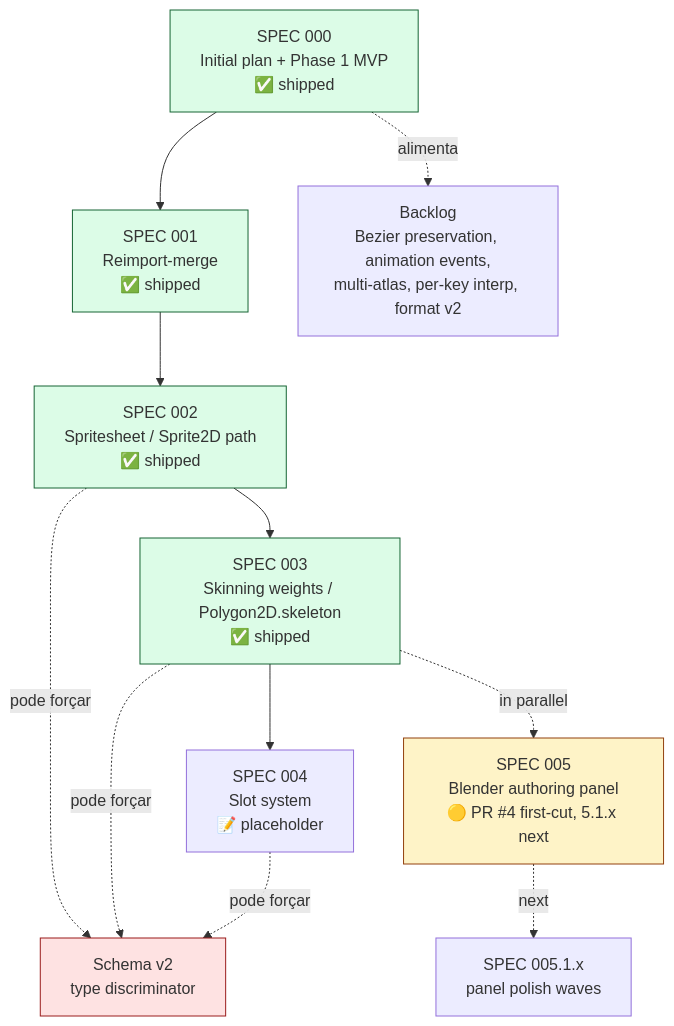
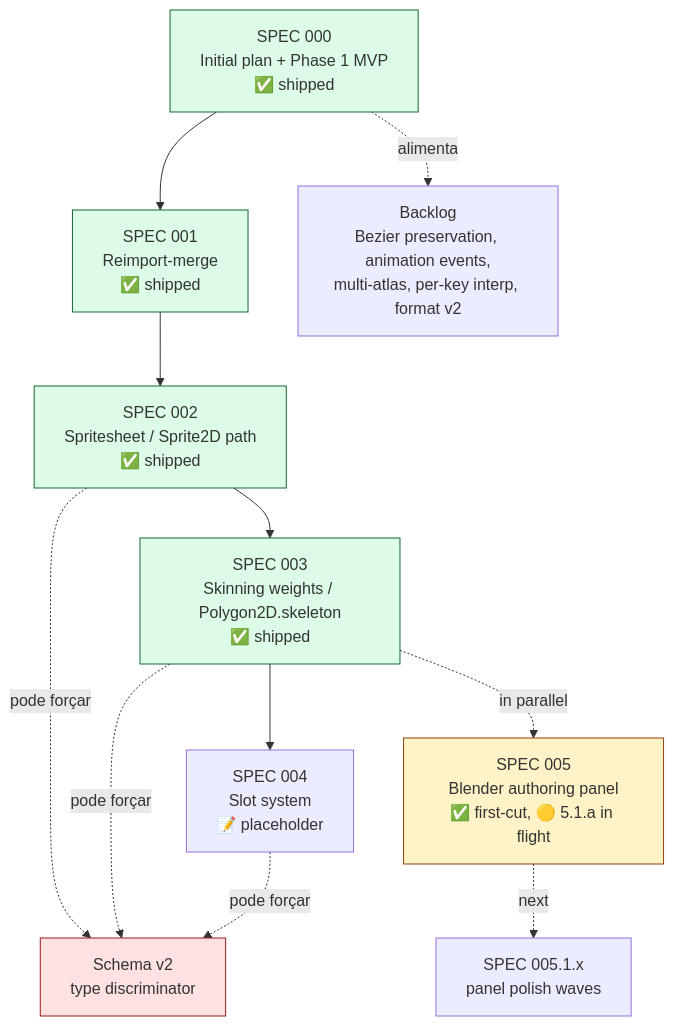
Before and after one commit to Space-Wizard-Studios/firebound-proscenio: the fourth of 5 diagrams in STATUS.md, drawn with Mermaid. The commit also changed other lines of this file and 1 other file, not shown here.

First line of the commit message:
docs: close SPEC 005.1.a panel polish wave — TODO + STATUS

````diff
--- a/STATUS.md
+++ b/STATUS.md
@@ -136,32 +136,32 @@
 ```mermaid
 flowchart TB
     S0[SPEC 000<br/>Initial plan + Phase 1 MVP<br/>✅ shipped]
     S1[SPEC 001<br/>Reimport-merge<br/>✅ shipped]
     S2[SPEC 002<br/>Spritesheet / Sprite2D path<br/>✅ shipped]
     S3[SPEC 003<br/>Skinning weights / Polygon2D.skeleton<br/>✅ shipped]
     S4[SPEC 004<br/>Slot system<br/>📝 placeholder]
-    S5[SPEC 005<br/>Blender authoring panel<br/>🟡 PR #4 first-cut, 5.1.x next]
+    S5[SPEC 005<br/>Blender authoring panel<br/>✅ first-cut, 🟡 5.1.a in flight]
 
     BACKLOG[Backlog<br/>Bezier preservation, animation events,<br/>multi-atlas, per-key interp, format v2]
 
     S0 --> S1
     S1 --> S2
     S2 --> S3
     S3 --> S4
     S3 -.in parallel.-> S5
 
     S0 -.alimenta.-> BACKLOG
     S2 -.pode forçar.-> SCHEMA_V2[Schema v2<br/>type discriminator]
     S3 -.pode forçar.-> SCHEMA_V2
     S4 -.pode forçar.-> SCHEMA_V2
 
     style S0 fill:#dcfce7,stroke:#166534
     style S1 fill:#dcfce7,stroke:#166534
     style S2 fill:#dcfce7,stroke:#166534
     style S3 fill:#dcfce7,stroke:#166534
     style S5 fill:#fef3c7,stroke:#92400e
     style SCHEMA_V2 fill:#fee2e2,stroke:#991b1b
 
     NEXTWAVE[SPEC 005.1.x<br/>panel polish waves]
     S5 -.next.-> NEXTWAVE
 ```
````
